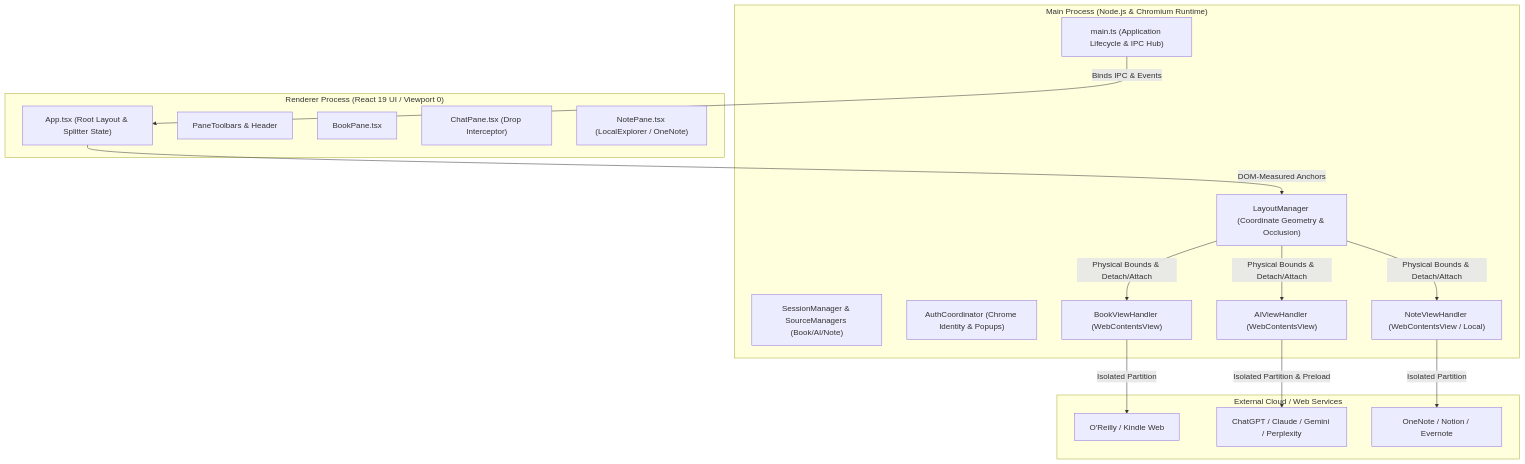
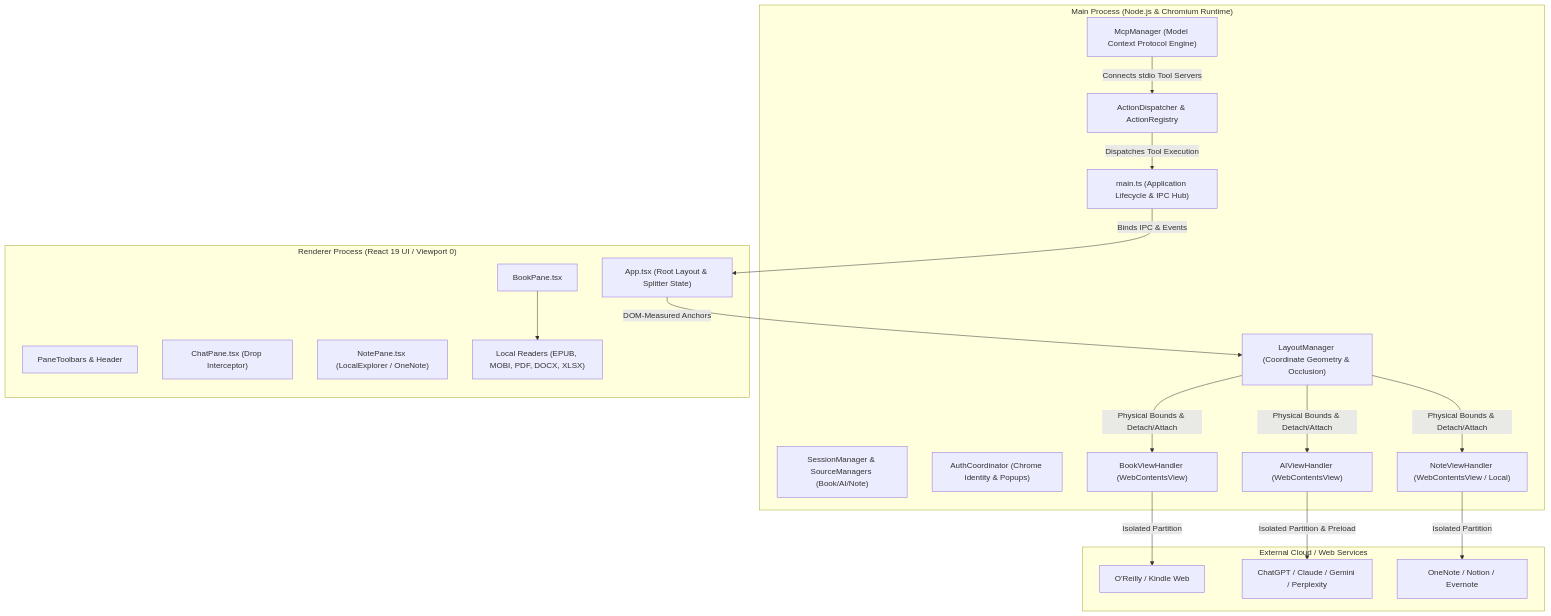
The diagram in docs/REFERENCE_DESIGN_DOCUMENT.md (jksingh72/workbench), drawn with Mermaid before and after one commit. The commit also changed other lines of this file and 2 other files, not shown here.

````diff
--- a/docs/REFERENCE_DESIGN_DOCUMENT.md
+++ b/docs/REFERENCE_DESIGN_DOCUMENT.md
@@ -14,36 +15,42 @@
 ```mermaid
 graph TD
     subgraph "Main Process (Node.js & Chromium Runtime)"
         MP["main.ts (Application Lifecycle & IPC Hub)"]
         LM["LayoutManager (Coordinate Geometry & Occlusion)"]
         SM["SessionManager & SourceManagers (Book/AI/Note)"]
         AC["AuthCoordinator (Chrome Identity & Popups)"]
+        AD["ActionDispatcher & ActionRegistry"]
+        MCP["McpManager (Model Context Protocol Engine)"]
         
         BVH["BookViewHandler (WebContentsView)"]
         AVH["AIViewHandler (WebContentsView)"]
         NVH["NoteViewHandler (WebContentsView / Local)"]
     end
 
     subgraph "Renderer Process (React 19 UI / Viewport 0)"
         App["App.tsx (Root Layout & Splitter State)"]
         PTB["PaneToolbars & Header"]
         PBook["BookPane.tsx"]
         PChat["ChatPane.tsx (Drop Interceptor)"]
         PNote["NotePane.tsx (LocalExplorer / OneNote)"]
+        Readers["Local Readers (EPUB, MOBI, PDF, DOCX, XLSX)"]
     end
 
     subgraph "External Cloud / Web Services"
         OReilly["O'Reilly / Kindle Web"]
         AIChat["ChatGPT / Claude / Gemini / Perplexity"]
         CloudNote["OneNote / Notion / Evernote"]
     end
 
     MP -->|Binds IPC & Events| App
     LM -->|Physical Bounds & Detach/Attach| BVH
     LM -->|Physical Bounds & Detach/Attach| AVH
     LM -->|Physical Bounds & Detach/Attach| NVH
+    AD -->|Dispatches Tool Execution| MP
+    MCP -->|Connects stdio Tool Servers| AD
     BVH -->|Isolated Partition| OReilly
     AVH -->|Isolated Partition & Preload| AIChat
     NVH -->|Isolated Partition| CloudNote
     App -->|DOM-Measured Anchors| LM
+    PBook --> Readers
 ```
````
